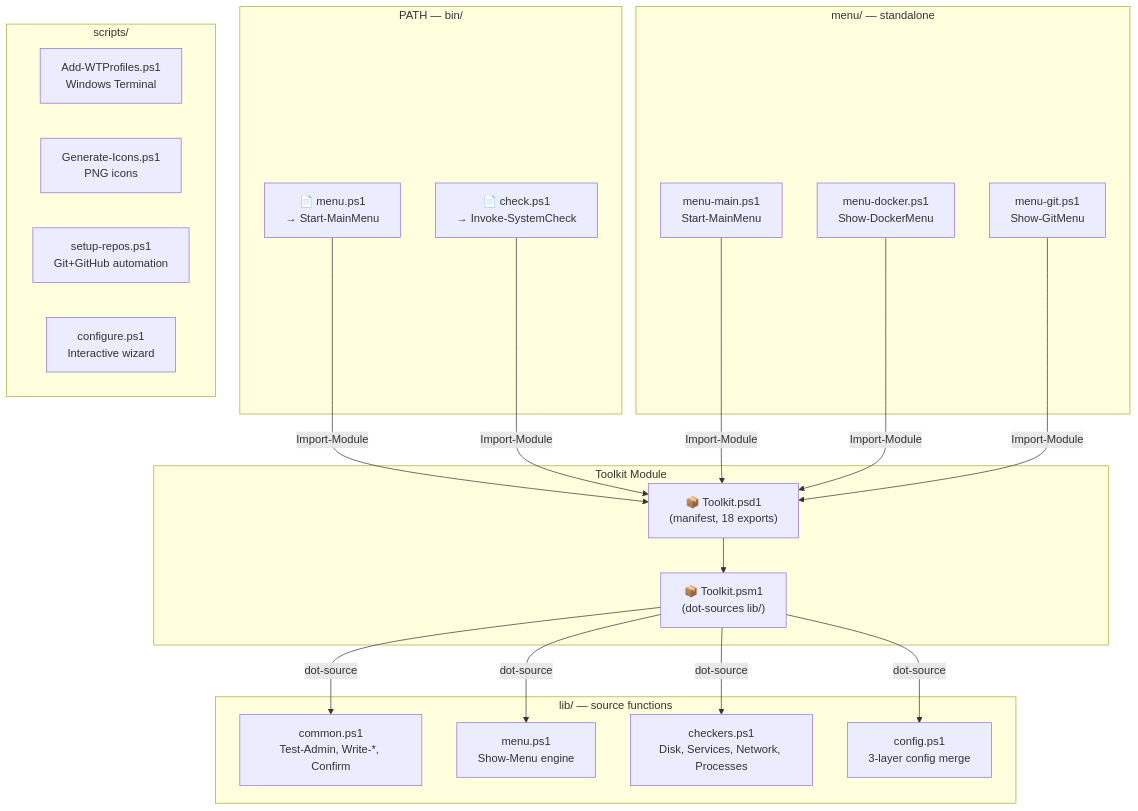
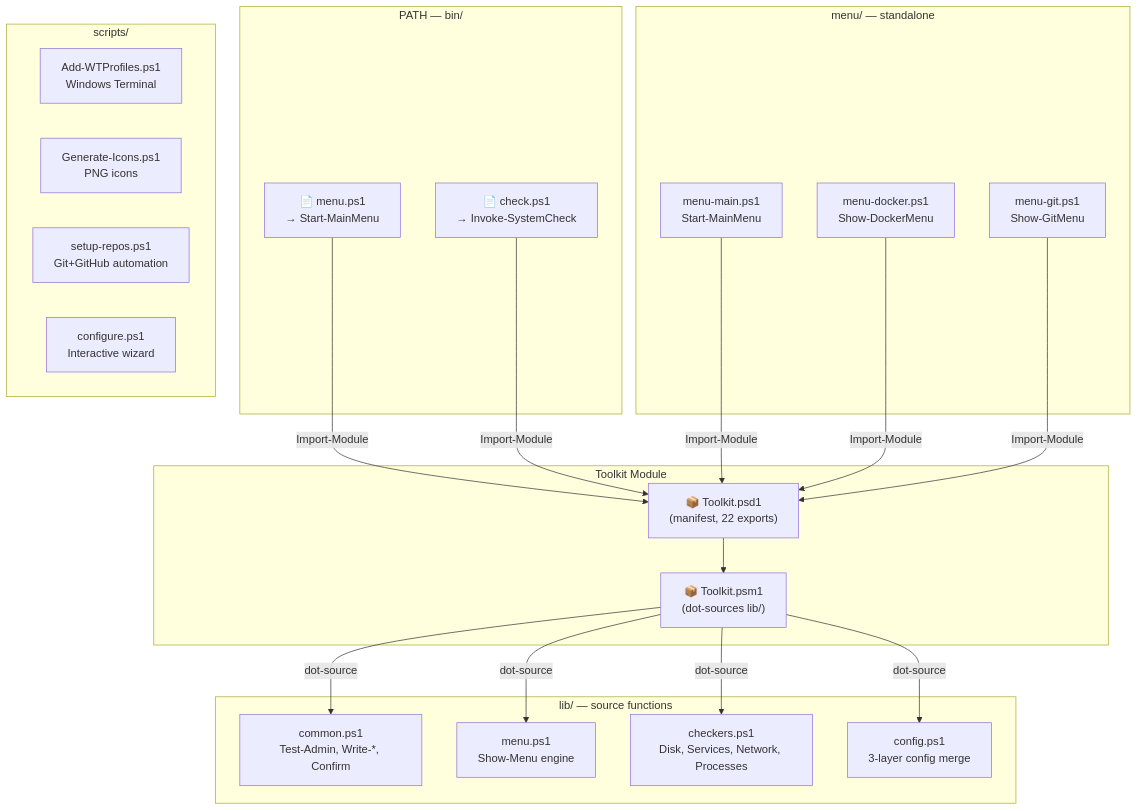
The first of 2 diagrams in README.md (martinpaprcka77/dotfiles-tools), drawn with Mermaid before and after one commit. The commit also changed other lines of this file and 5 other files, not shown here.

````diff
--- a/README.md
+++ b/README.md
@@ -42,43 +42,43 @@
 ```mermaid
 graph TB
     subgraph "PATH — bin/"
         MENU["📄 menu.ps1<br/>→ Start-MainMenu"]
         CHECK["📄 check.ps1<br/>→ Invoke-SystemCheck"]
     end
 
     subgraph "Toolkit Module"
-        PSD1["📦 Toolkit.psd1<br/>(manifest, 18 exports)"]
+        PSD1["📦 Toolkit.psd1<br/>(manifest, 22 exports)"]
         PSM1["📦 Toolkit.psm1<br/>(dot-sources lib/)"]
     end
 
     subgraph "lib/ — source functions"
         COMMON["common.ps1<br/>Test-Admin, Write-*, Confirm"]
         MENU_LIB["menu.ps1<br/>Show-Menu engine"]
         CHECKERS["checkers.ps1<br/>Disk, Services, Network, Processes"]
         CONFIG["config.ps1<br/>3-layer config merge"]
     end
 
     subgraph "menu/ — standalone"
         MAIN["menu-main.ps1<br/>Start-MainMenu"]
         DOCKER["menu-docker.ps1<br/>Show-DockerMenu"]
         GIT_M["menu-git.ps1<br/>Show-GitMenu"]
     end
 
     subgraph "scripts/"
         WT["Add-WTProfiles.ps1<br/>Windows Terminal"]
         ICONS["Generate-Icons.ps1<br/>PNG icons"]
         SETUP["setup-repos.ps1<br/>Git+GitHub automation"]
         CFG["configure.ps1<br/>Interactive wizard"]
     end
 
     MENU -->|"Import-Module"| PSD1
     CHECK -->|"Import-Module"| PSD1
     PSD1 --> PSM1
     PSM1 -->|"dot-source"| COMMON
     PSM1 -->|"dot-source"| MENU_LIB
     PSM1 -->|"dot-source"| CHECKERS
     PSM1 -->|"dot-source"| CONFIG
     MAIN -->|"Import-Module"| PSD1
     DOCKER -->|"Import-Module"| PSD1
     GIT_M -->|"Import-Module"| PSD1
 ```
````
